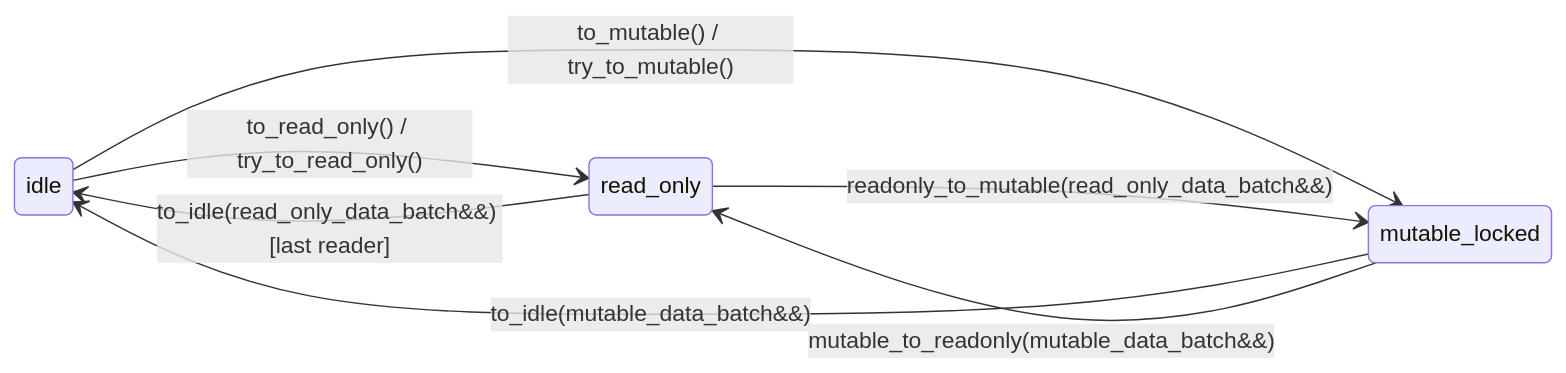
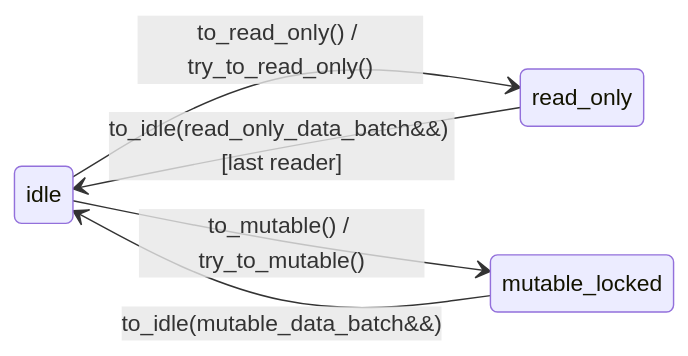
One commit to NVIDIA/cuCascade changed the first of 3 diagrams in docs/data-management.md. Above: the diagram before and after it, drawn with Mermaid. The commit also changed other lines of this file and 11 other files, not shown here.

````diff
--- a/docs/data-management.md
+++ b/docs/data-management.md
@@ -184,13 +249,11 @@
 ```mermaid
 stateDiagram-v2
     direction LR
 
     idle --> read_only : to_read_only() / try_to_read_only()
     idle --> mutable_locked : to_mutable() / try_to_mutable()
 
     read_only --> idle : to_idle(read_only_data_batch&&) [last reader]
-    read_only --> mutable_locked : readonly_to_mutable(read_only_data_batch&&)
 
     mutable_locked --> idle : to_idle(mutable_data_batch&&)
-    mutable_locked --> read_only : mutable_to_readonly(mutable_data_batch&&)
 ```
````
